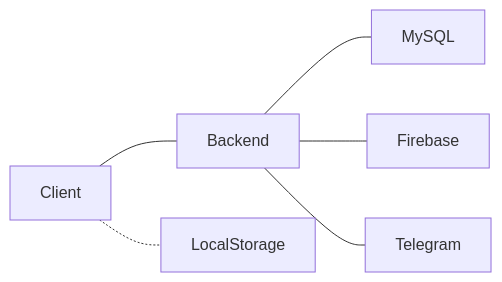
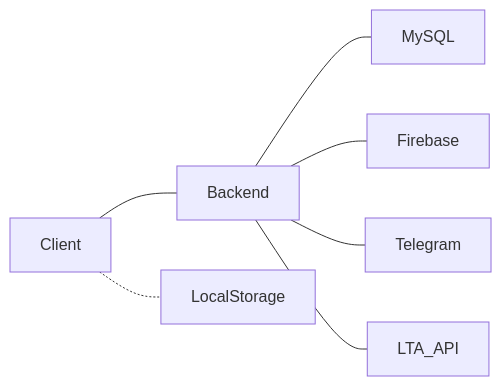
One commit to andreashsy/transport-app changed the diagram in README.md. Above: the diagram before and after it, drawn with Mermaid.

````diff
--- a/README.md
+++ b/README.md
@@ -17,8 +17,9 @@
 ```mermaid
 flowchart LR;
     Client---Backend;
     Client-.-LocalStorage;
     Backend---MySQL;
     Backend---Firebase;
     Backend---Telegram;
+    Backend---LTA_API;
 ```
````
